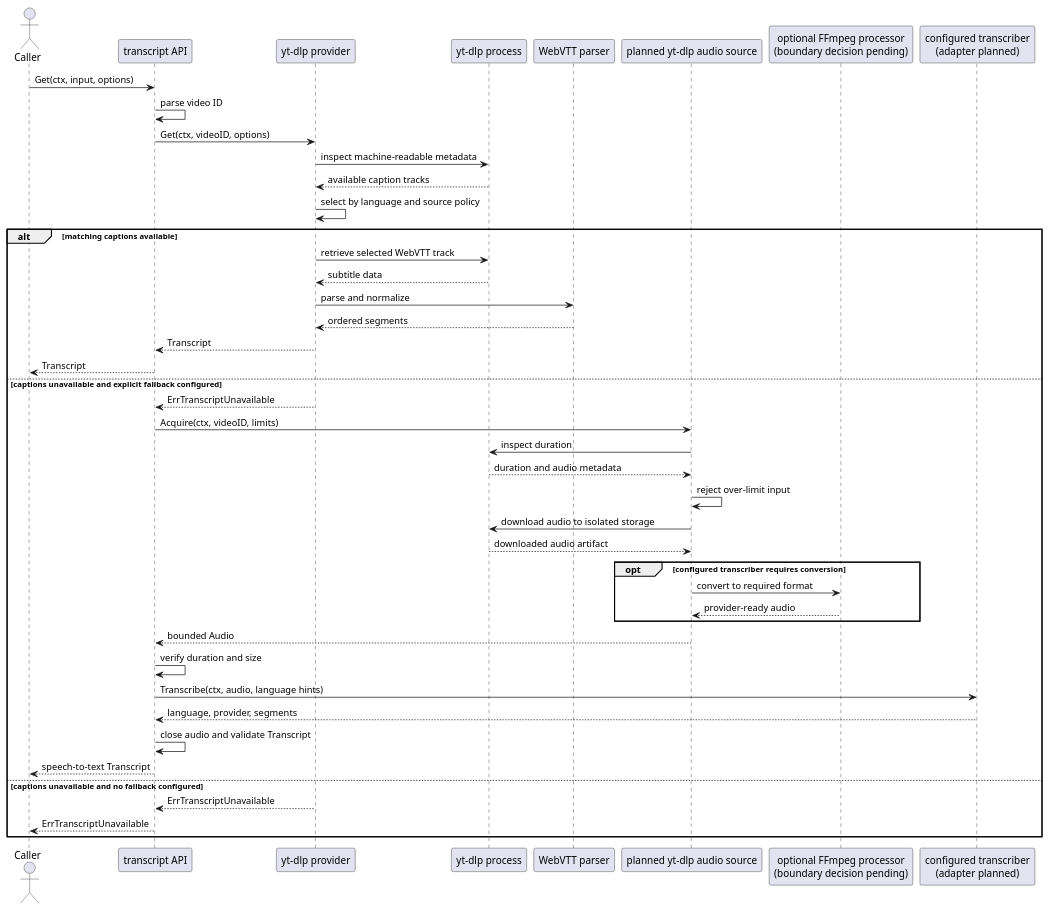
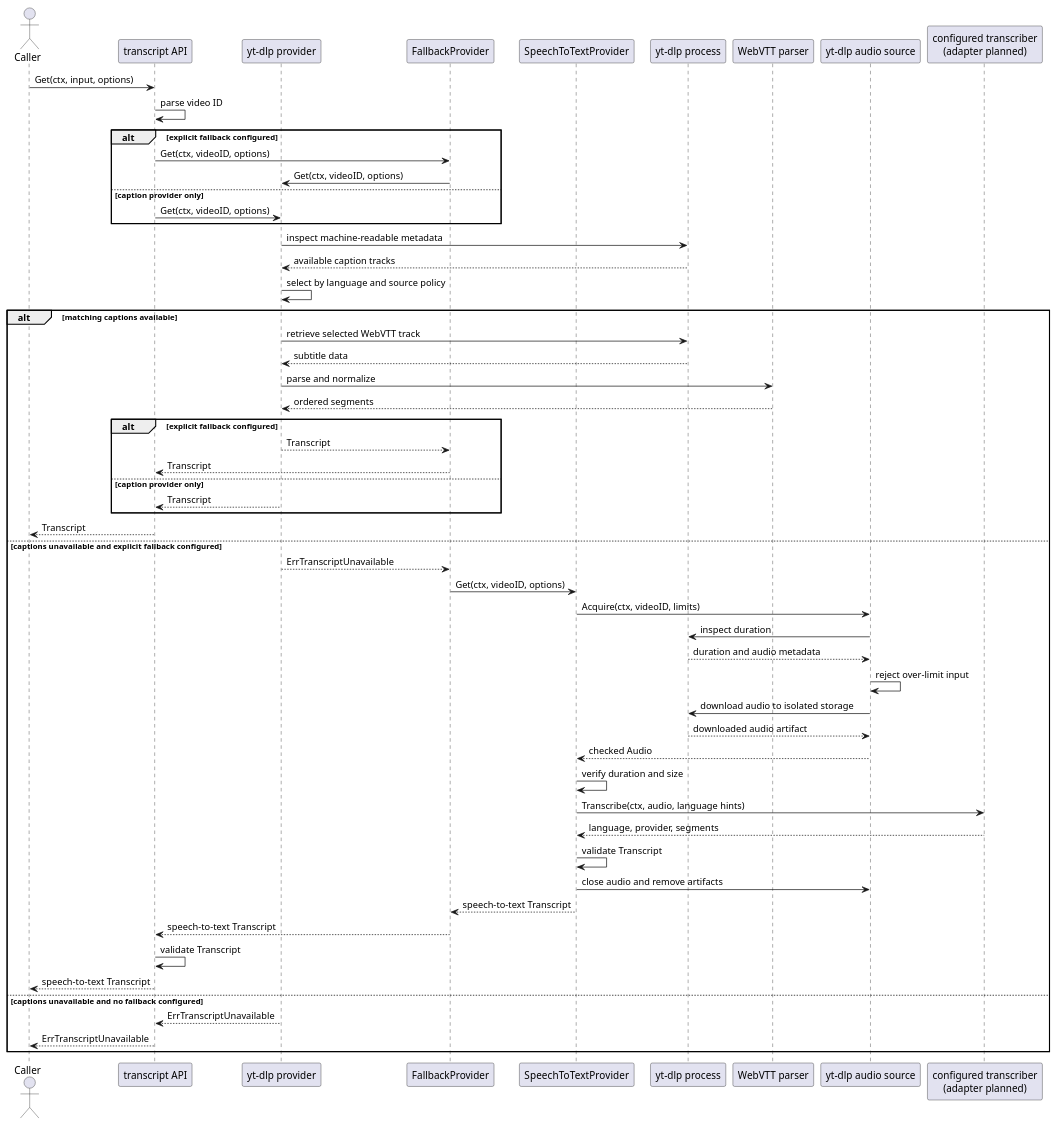
Before and after one commit to mpsanders/voxscripta: the diagram in docs/uml/acquisition-sequence.puml, drawn with PlantUML. The commit also changed 29 other files, not shown here.

First line of the commit message:
Add audio acquisition and metadata handling using yt-dlp

```diff
--- a/docs/uml/acquisition-sequence.puml
+++ b/docs/uml/acquisition-sequence.puml
@@ -1,46 +1,58 @@
 @startuml
 actor Caller
 participant "transcript API" as API
 participant "yt-dlp provider" as Provider
+participant "FallbackProvider" as Fallback
+participant "SpeechToTextProvider" as Speech
 participant "yt-dlp process" as YTDLP
 participant "WebVTT parser" as Parser
-participant "planned yt-dlp audio source" as AudioSource
-participant "optional FFmpeg processor\n(boundary decision pending)" as FFmpeg
+participant "yt-dlp audio source" as AudioSource
 participant "configured transcriber\n(adapter planned)" as Transcriber
 
 Caller -> API: Get(ctx, input, options)
 API -> API: parse video ID
-API -> Provider: Get(ctx, videoID, options)
+alt explicit fallback configured
+  API -> Fallback: Get(ctx, videoID, options)
+  Fallback -> Provider: Get(ctx, videoID, options)
+else caption provider only
+  API -> Provider: Get(ctx, videoID, options)
+end
 Provider -> YTDLP: inspect machine-readable metadata
 YTDLP --> Provider: available caption tracks
 Provider -> Provider: select by language and source policy
 alt matching captions available
   Provider -> YTDLP: retrieve selected WebVTT track
   YTDLP --> Provider: subtitle data
   Provider -> Parser: parse and normalize
   Parser --> Provider: ordered segments
-  Provider --> API: Transcript
+  alt explicit fallback configured
+    Provider --> Fallback: Transcript
+    Fallback --> API: Transcript
+  else caption provider only
+    Provider --> API: Transcript
+  end
   API --> Caller: Transcript
 else captions unavailable and explicit fallback configured
-  Provider --> API: ErrTranscriptUnavailable
-  API -> AudioSource: Acquire(ctx, videoID, limits)
+  Provider --> Fallback: ErrTranscriptUnavailable
+  Fallback -> Speech: Get(ctx, videoID, options)
+  Speech -> AudioSource: Acquire(ctx, videoID, limits)
   AudioSource -> YTDLP: inspect duration
   YTDLP --> AudioSource: duration and audio metadata
   AudioSource -> AudioSource: reject over-limit input
   AudioSource -> YTDLP: download audio to isolated storage
   YTDLP --> AudioSource: downloaded audio artifact
-  opt configured transcriber requires conversion
-    AudioSource -> FFmpeg: convert to required format
-    FFmpeg --> AudioSource: provider-ready audio
-  end
-  AudioSource --> API: bounded Audio
-  API -> API: verify duration and size
-  API -> Transcriber: Transcribe(ctx, audio, language hints)
-  Transcriber --> API: language, provider, segments
-  API -> API: close audio and validate Transcript
+  AudioSource --> Speech: checked Audio
+  Speech -> Speech: verify duration and size
+  Speech -> Transcriber: Transcribe(ctx, audio, language hints)
+  Transcriber --> Speech: language, provider, segments
+  Speech -> Speech: validate Transcript
+  Speech -> AudioSource: close audio and remove artifacts
+  Speech --> Fallback: speech-to-text Transcript
+  Fallback --> API: speech-to-text Transcript
+  API -> API: validate Transcript
   API --> Caller: speech-to-text Transcript
 else captions unavailable and no fallback configured
   Provider --> API: ErrTranscriptUnavailable
   API --> Caller: ErrTranscriptUnavailable
 end
 @enduml
```
